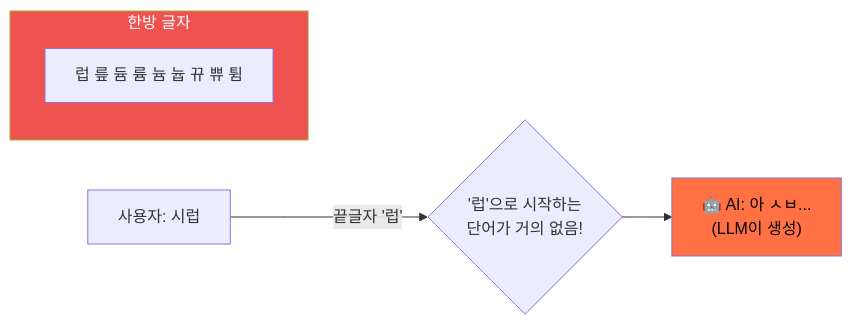
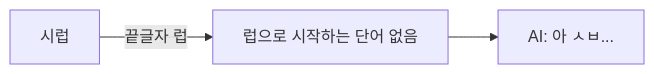
The fifth of 7 diagrams in README.md (Technoetic/word-chain-game), drawn with Mermaid before and after one commit. The commit also changed other lines of this file, not shown here.

````diff
--- a/README.md
+++ b/README.md
@@ -132,12 +90,5 @@
 ```mermaid
 flowchart LR
-    subgraph Killer ["한방 글자"]
-        K["럽 릎 듐 륨 늄 늅 뀨 쀼 튐"]
-    end
-
-    A["사용자: 시럽"] -->|끝글자 '럽'| B{"'럽'으로 시작하는\n단어가 거의 없음!"}
-    B --> C["🤖 AI: 아 ㅅㅂ...\n(LLM이 생성)"]
-
-    style Killer fill:#ef5350,color:#fff
-    style C fill:#ff7043,color:#000
+    A["시럽"] -->|끝글자 럽| B["럽으로 시작하는 단어 없음"]
+    B --> C["AI: 아 ㅅㅂ..."]
 ```
````
